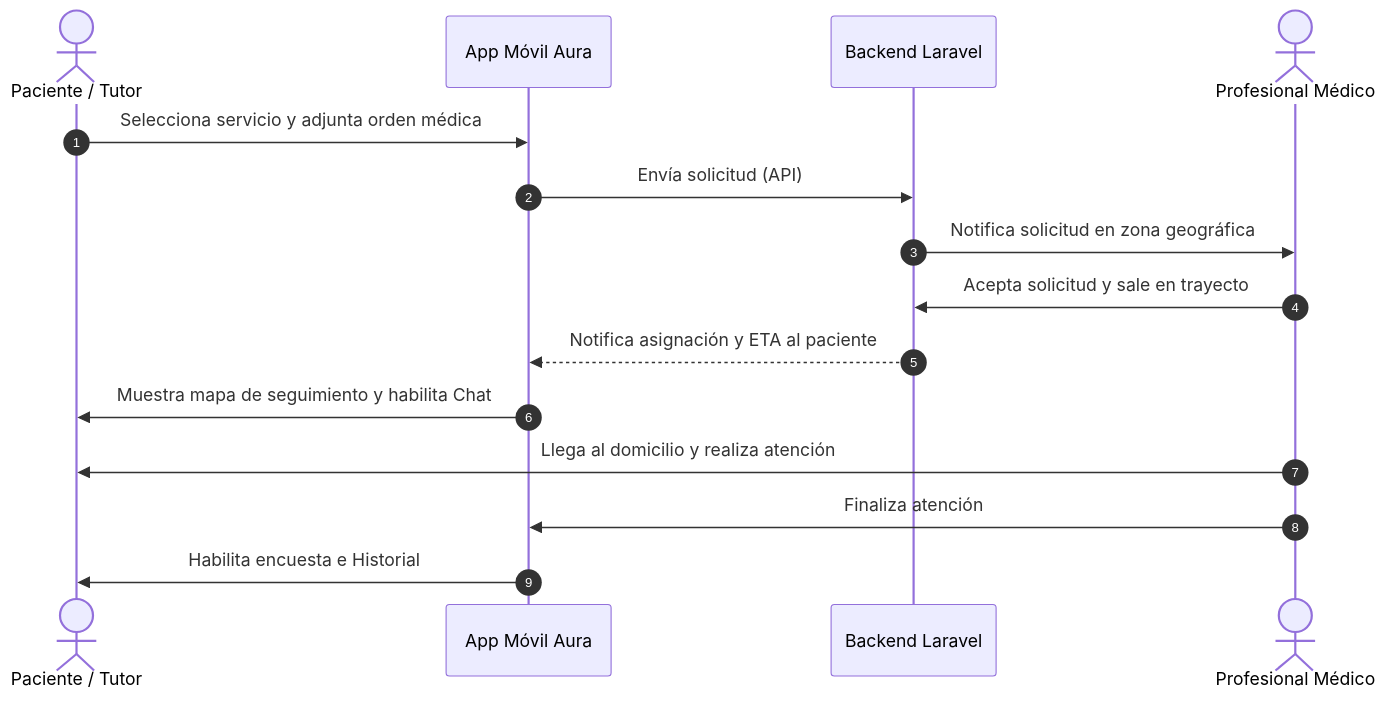
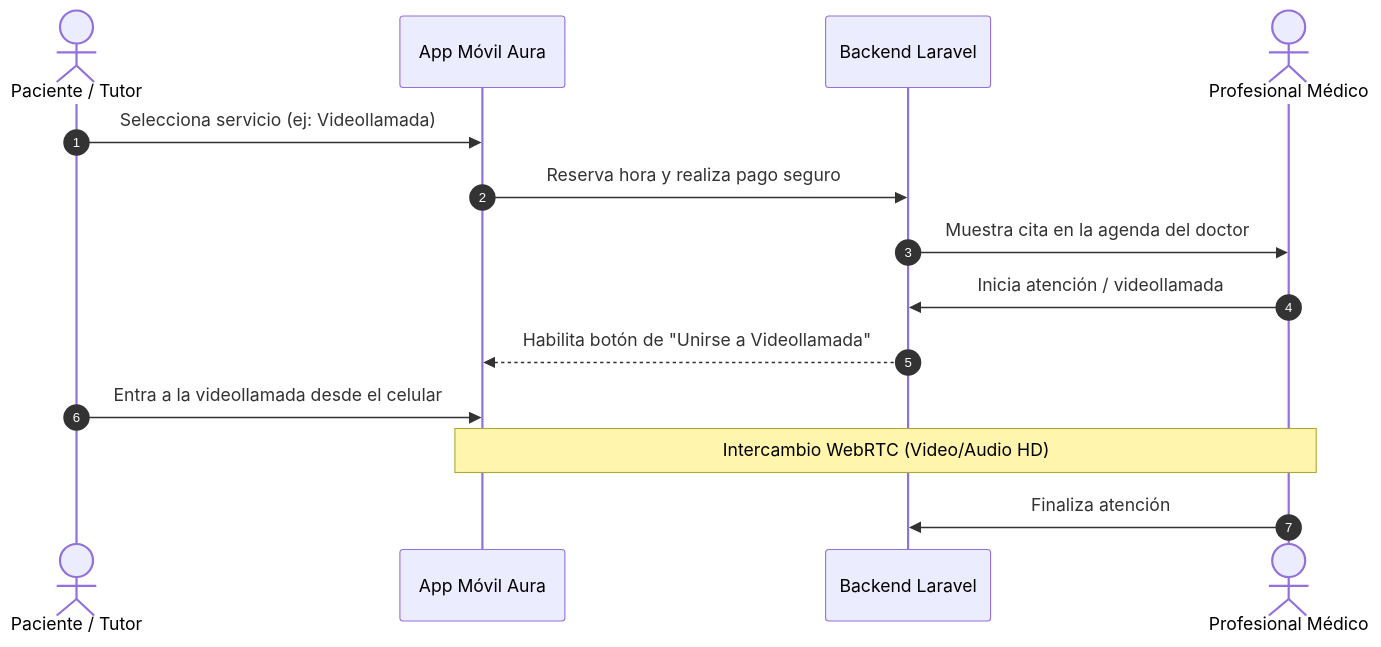
The diagram in ManualUsuario.md (josephred/aura), drawn with Mermaid before and after one commit. The commit also changed other lines of this file and 1 other file, not shown here.

````diff
--- a/ManualUsuario.md
+++ b/ManualUsuario.md
@@ -33,18 +37,17 @@
 ```mermaid
 sequenceDiagram
     autonumber
     actor Cliente as Paciente / Tutor
     participant App as App Móvil Aura
     participant BD as Backend Laravel
     actor Doc as Profesional Médico
     
-    Cliente->>App: Selecciona servicio y adjunta orden médica
-    App->>BD: Envía solicitud (API)
-    BD->>Doc: Notifica solicitud en zona geográfica
-    Doc->>BD: Acepta solicitud y sale en trayecto
-    BD-->>App: Notifica asignación y ETA al paciente
-    App->>Cliente: Muestra mapa de seguimiento y habilita Chat
-    Doc->>Cliente: Llega al domicilio y realiza atención
-    Doc->>App: Finaliza atención
-    App->>Cliente: Habilita encuesta e Historial
+    Cliente->>App: Selecciona servicio (ej: Videollamada)
+    App->>BD: Reserva hora y realiza pago seguro
+    BD->>Doc: Muestra cita en la agenda del doctor
+    Doc->>BD: Inicia atención / videollamada
+    BD-->>App: Habilita botón de "Unirse a Videollamada"
+    Cliente->>App: Entra a la videollamada desde el celular
+    Note over App, Doc: Intercambio WebRTC (Video/Audio HD)
+    Doc->>BD: Finaliza atención
 ```
````
